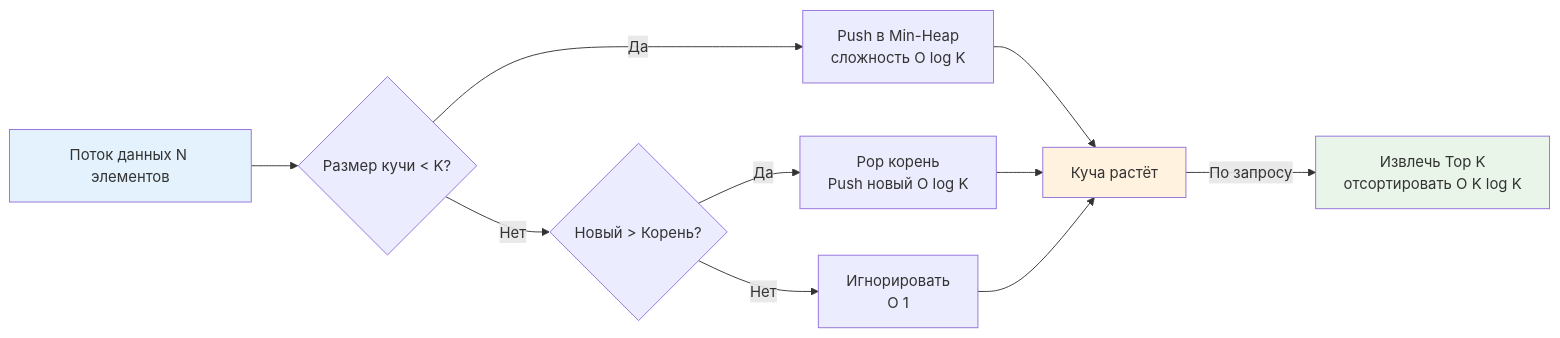
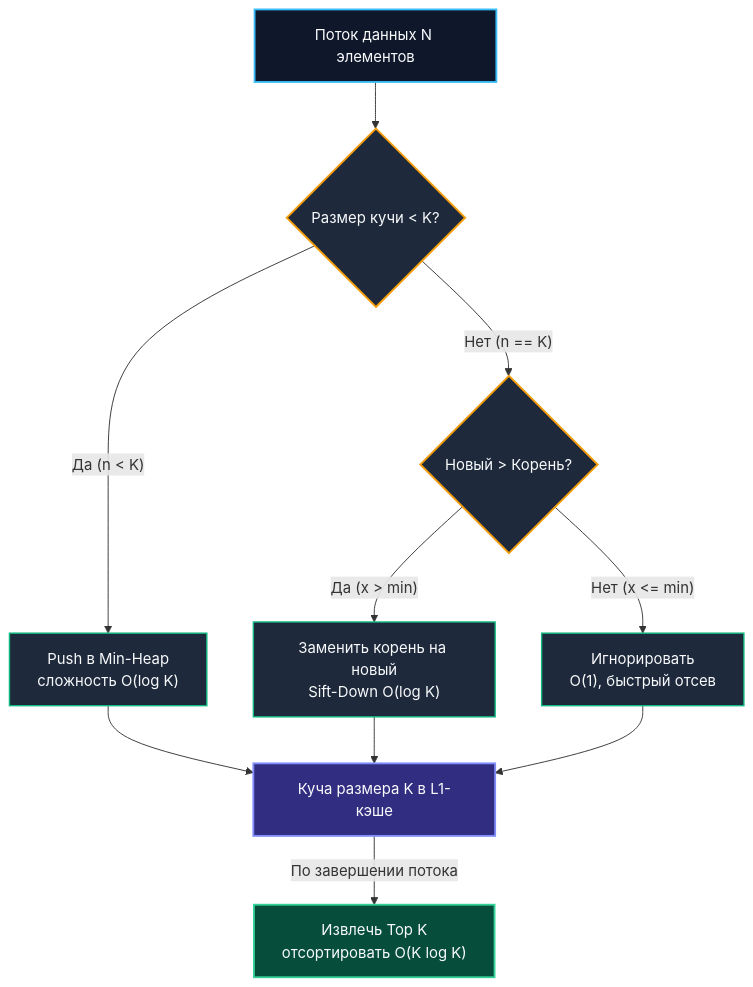
The first of 2 diagrams in sources/20. Алгоритмы и структуры данных (DSA) на Go/06. Кучи и приоритетные очереди/5. Задачи Top K элементов.md (UnrealTemplier/go-textbook), drawn with Mermaid before and after one commit. The commit also changed other lines of this file, not shown here.

Commit message:
feat(module-20): editorial rewrite of 06.5 Top K problems in Kernighan style

````diff
--- a/sources/20. Алгоритмы и структуры данных (DSA) на Go/06. Кучи и приоритетные очереди/5. Задачи Top K элементов.md
+++ b/sources/20. Алгоритмы и структуры данных (DSA) на Go/06. Кучи и приоритетные очереди/5. Задачи Top K элементов.md
@@ -19,17 +47,28 @@
 ```mermaid
-flowchart LR
+flowchart TD
     Stream["Поток данных N элементов"] --> Check{"Размер кучи < K?"}
-    Check -->|Да| Push["Push в Min-Heap<br>сложность O log K"]
-    Check -->|Нет| Compare{"Новый > Корень?"}
-    Compare -->|Нет| Skip["Игнорировать<br>O 1"]
-    Compare -->|Да| Replace["Pop корень<br>Push новый O log K"]
     
-    Push --> Heap["Куча растёт"]
+    Check -->|"Да (n < K)"| Push["Push в Min-Heap<br/>сложность O(log K)"]
+    Check -->|"Нет (n == K)"| Compare{"Новый > Корень?"}
+    
+    Compare -->|"Нет (x <= min)"| Skip["Игнорировать<br/>O(1), быстрый отсев"]
+    Compare -->|"Да (x > min)"| Replace["Заменить корень на новый<br/>Sift-Down O(log K)"]
+    
+    Push --> Heap["Куча размера K в L1-кэше"]
     Replace --> Heap
     Skip --> Heap
-    Heap -->|По запросу| Result["Извлечь Top K<br>отсортировать O K log K"]
     
-    style Stream fill:#e3f2fd
-    style Heap fill:#fff3e0
-    style Result fill:#e8f5e8
+    Heap -->|"По завершении потока"| Result["Извлечь Top K<br/>отсортировать O(K log K)"]
+
+    classDef streamBox fill:#0f172a,stroke:#38bdf8,stroke-width:2px,color:#f8fafc;
+    classDef decision fill:#1e293b,stroke:#f59e0b,stroke-width:2px,color:#f8fafc;
+    classDef action fill:#1e293b,stroke:#10b981,stroke-width:1.5px,color:#f8fafc;
+    classDef heapBox fill:#312e81,stroke:#818cf8,stroke-width:2px,color:#f8fafc;
+    classDef resBox fill:#064e3b,stroke:#34d399,stroke-width:2px,color:#f8fafc;
+
+    class Stream streamBox;
+    class Check,Compare decision;
+    class Push,Skip,Replace action;
+    class Heap heapBox;
+    class Result resBox;
 ```
````
